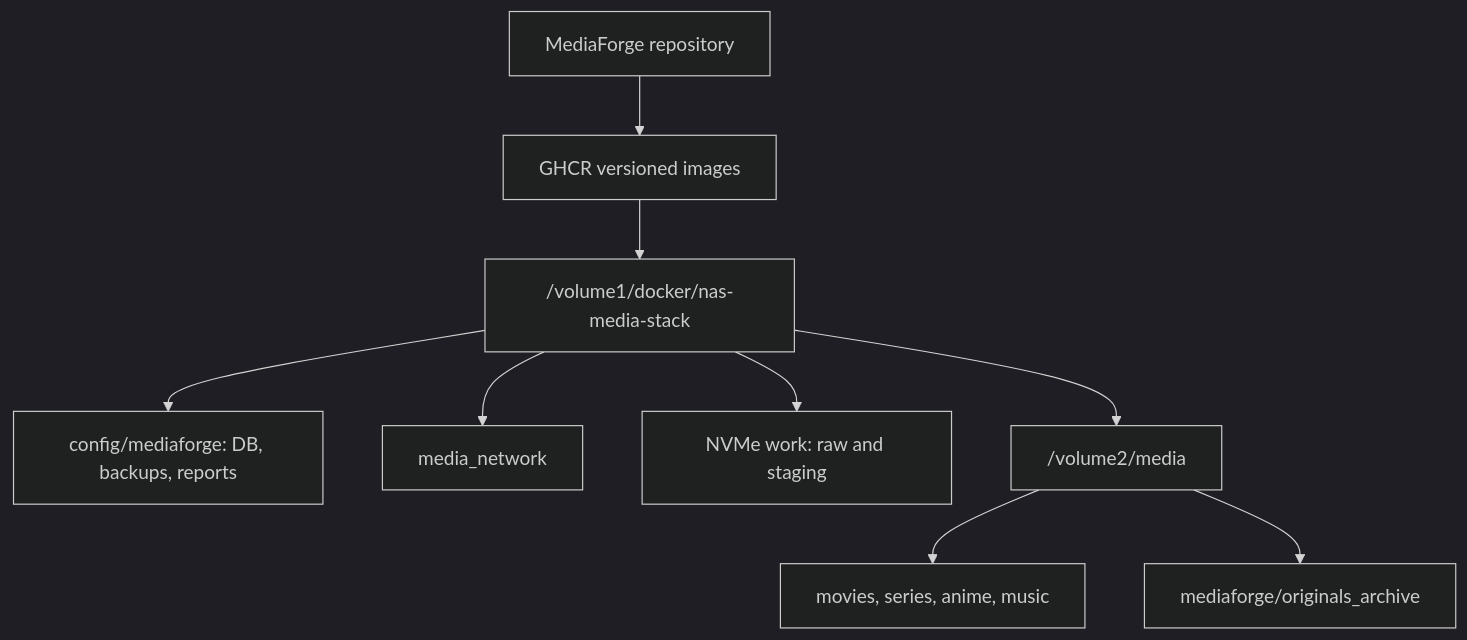
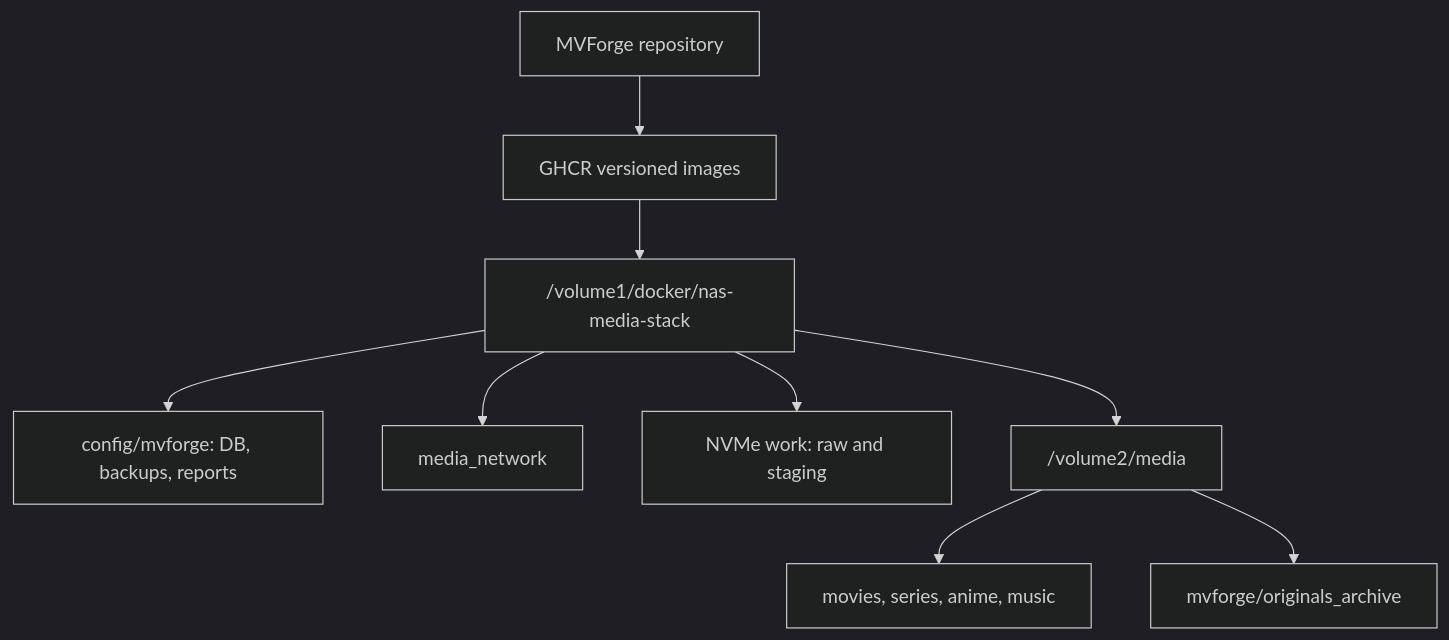
The first of 2 diagrams in docs/guides/nas-media-stack-integration.md (xxmenioxx/mediaforge), drawn with Mermaid (dark theme) before and after one commit. The commit also changed other lines of this file and 115 other files, not shown here.

Commit message:
feat: rename MediaForge to MVForge

````diff
--- a/docs/guides/nas-media-stack-integration.md
+++ b/docs/guides/nas-media-stack-integration.md
@@ -39,11 +39,11 @@
 ```mermaid
 flowchart TD
-    REPO["MediaForge repository"] --> GHCR["GHCR versioned images"]
+    REPO["MVForge repository"] --> GHCR["GHCR versioned images"]
     GHCR --> STACK["/volume1/docker/nas-media-stack"]
-    STACK --> CONFIG["config/mediaforge: DB, backups, reports"]
+    STACK --> CONFIG["config/mvforge: DB, backups, reports"]
     STACK --> NETWORK["media_network"]
     STACK --> WORK["NVMe work: raw and staging"]
     STACK --> MEDIA["/volume2/media"]
     MEDIA --> LIBRARY["movies, series, anime, music"]
-    MEDIA --> ARCHIVE["mediaforge/originals_archive"]
+    MEDIA --> ARCHIVE["mvforge/originals_archive"]
 ```
````
